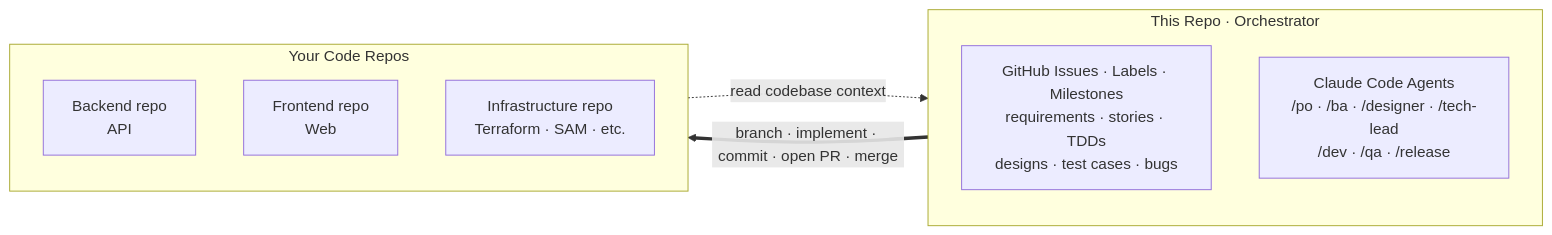
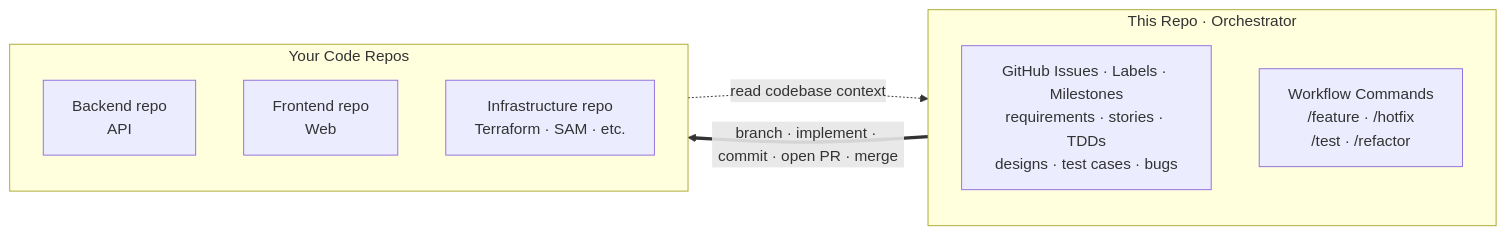
Before and after one commit to simpscal/notism: the first of 6 diagrams in README.md, drawn with Mermaid. The commit also changed other lines of this file and 89 other files, not shown here.

First line of the commit message:
refactor(commands): flatten workflow stages, drop role prefixes

````diff
--- a/README.md
+++ b/README.md
@@ -18,18 +19,18 @@
 ```mermaid
 flowchart LR
     subgraph ORCH["This Repo · Orchestrator"]
         direction TB
         ISSUES["GitHub Issues · Labels · Milestones<br/>requirements · stories · TDDs<br/>designs · test cases · bugs"]
-        AGENTS["Claude Code Agents<br/>/po · /ba · /designer · /tech-lead<br/>/dev · /qa · /release"]
+        FLOWS["Workflow Commands<br/>/feature · /hotfix<br/>/test · /refactor"]
     end
 
     subgraph TARGETS["Your Code Repos"]
         direction TB
         BE["Backend repo<br/>API"]
         FE["Frontend repo<br/>Web"]
         IN["Infrastructure repo<br/>Terraform · SAM · etc."]
     end
 
     ORCH ==>|"branch · implement · commit · open PR · merge"| TARGETS
     TARGETS -.->|"read codebase context"| ORCH
 ```
````
